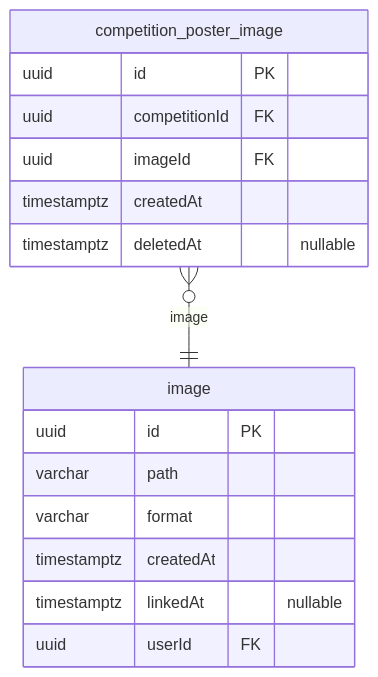
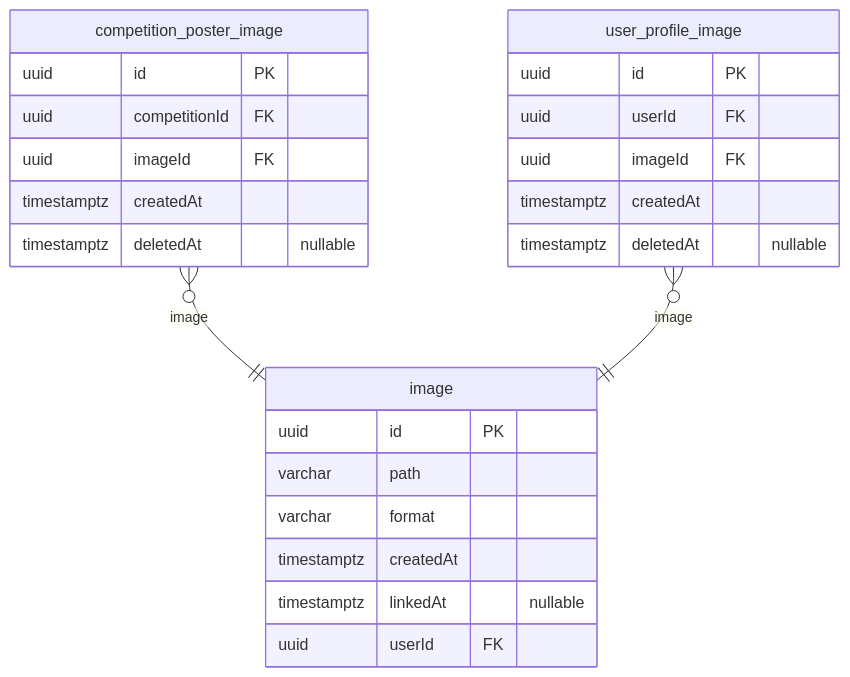
The fifth of 5 diagrams in docs/najiha-v2-erd.md (NAJUHA-JIUJITSU/najuha-v2-be), drawn with Mermaid before and after one commit. The commit also changed other lines of this file and 10 other files, not shown here.

Commit message:
NJH-400 feat: post, comment  user nickname, profileImage 추가

````diff
--- a/docs/najiha-v2-erd.md
+++ b/docs/najiha-v2-erd.md
@@ -859,19 +897,27 @@
 ```mermaid
 erDiagram
+  competition_poster_image {
+    uuid id PK
+    uuid competitionId FK
+    uuid imageId FK
+    timestamptz createdAt
+    timestamptz deletedAt "nullable"
+  }
+  user_profile_image {
+    uuid id PK
+    uuid userId FK
+    uuid imageId FK
+    timestamptz createdAt
+    timestamptz deletedAt "nullable"
+  }
   image {
     uuid id PK
     varchar path
     varchar format
     timestamptz createdAt
     timestamptz linkedAt "nullable"
     uuid userId FK
   }
-  competition_poster_image {
-    uuid id PK
-    uuid competitionId FK
-    uuid imageId FK
-    timestamptz createdAt
-    timestamptz deletedAt "nullable"
-  }
   competition_poster_image }o--|| image: image
+  user_profile_image }o--|| image: image
 ```
````
